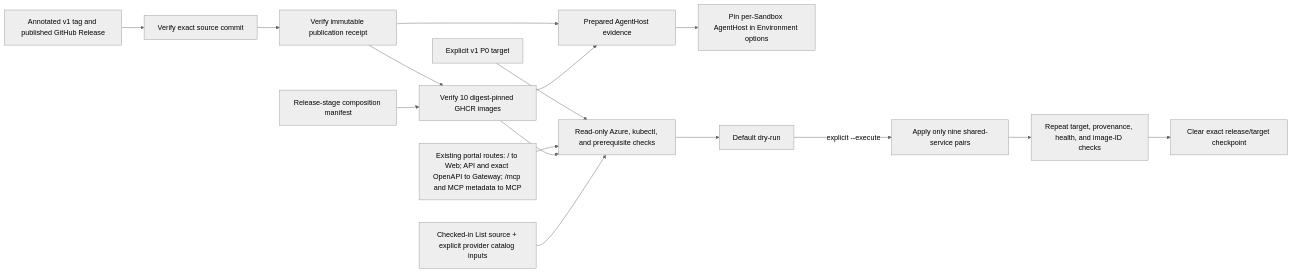
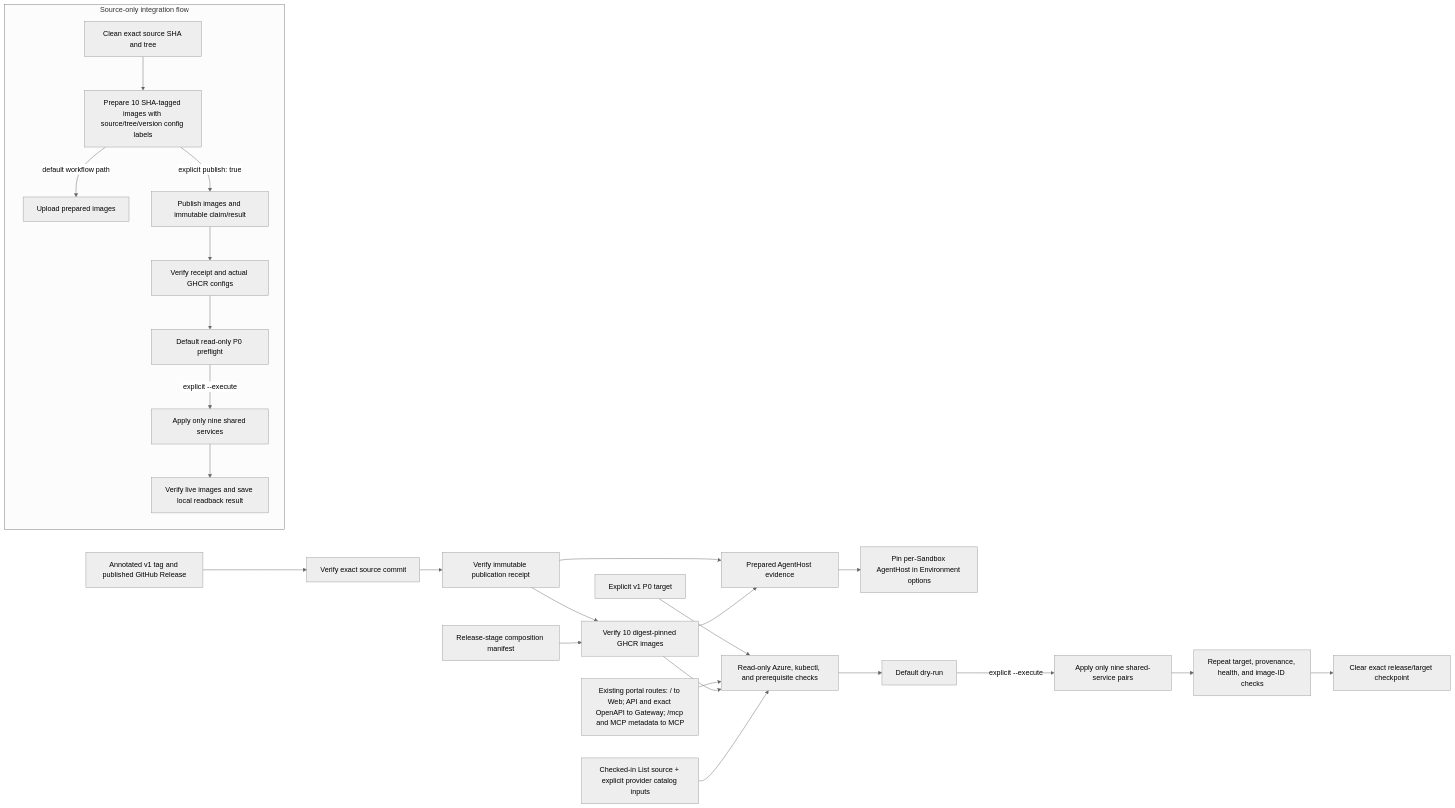
One commit to sabbour/agentweaver changed the third of 3 diagrams in docs/architecture/design/services-and-release.md. Above: the diagram before and after it, drawn with Mermaid (neutral theme). The commit also changed other lines of this file and 13 other files, not shown here.

First line of the commit message:
feat(release): add source-only integration deployment tools

````diff
--- a/docs/architecture/design/services-and-release.md
+++ b/docs/architecture/design/services-and-release.md
@@ -595,18 +619,27 @@
 ```mermaid
 flowchart LR
+  subgraph Integration["Source-only integration flow"]
+    Source["Clean exact source SHA and tree"] --> Prepare["Prepare 10 SHA-tagged images with source/tree/version config labels"]
+    Prepare -->|"default workflow path"| Prepared["Upload prepared images"]
+    Prepare -->|"explicit publish: true"| PublishImages["Publish images and immutable claim/result"]
+    PublishImages --> IntegrationCheck["Verify receipt and actual GHCR configs"]
+    IntegrationCheck --> IntegrationDryRun["Default read-only P0 preflight"]
+    IntegrationDryRun -->|"explicit --execute"| IntegrationApply["Apply only nine shared services"]
+    IntegrationApply --> IntegrationReadback["Verify live images and save local readback result"]
+  end
   Tag["Annotated v1 tag and published GitHub Release"] --> Exact["Verify exact source commit"]
   Exact --> Receipt["Verify immutable publication receipt"]
   Receipt --> GHCR["Verify 10 digest-pinned GHCR images"]
   Manifest["Release-stage composition manifest"] --> GHCR
   Target["Explicit v1 P0 target"] --> ReadOnly["Read-only Azure, kubectl, and prerequisite checks"]
   Portal["Existing portal routes: / to Web; API and exact OpenAPI to Gateway; /mcp and MCP metadata to MCP"] --> ReadOnly
   GHCR --> ReadOnly
   Runtime["Checked-in List source + explicit provider catalog inputs"] --> ReadOnly
   Receipt --> Host["Prepared AgentHost evidence"]
   GHCR --> Host
   Host --> Environment["Pin per-Sandbox AgentHost in Environment options"]
   ReadOnly --> DryRun["Default dry-run"]
   DryRun -->|explicit --execute| Apply["Apply only nine shared-service pairs"]
   Apply --> Live["Repeat target, provenance, health, and image-ID checks"]
   Live --> Clear["Clear exact release/target checkpoint"]
 ```
````
